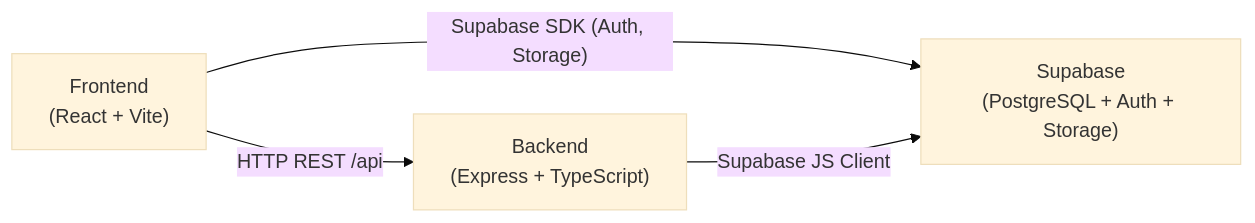
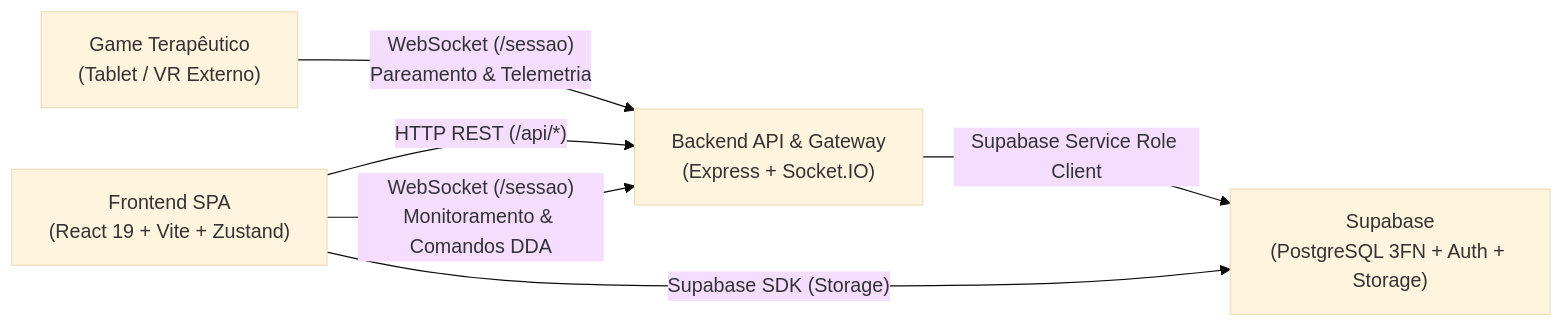
Before and after one commit to MarcosWillianAP1K/InTEA: the first of 4 diagrams in docs/architecture.md, drawn with Mermaid (base theme). The commit also changed other lines of this file and 47 other files, not shown here.

````diff
--- a/docs/architecture.md
+++ b/docs/architecture.md
@@ -34,10 +44,13 @@
 ```mermaid
 flowchart LR
-    FE["Frontend\n(React + Vite)"]
-    BE["Backend\n(Express + TypeScript)"]
-    SB["Supabase\n(PostgreSQL + Auth + Storage)"]
+    Game["Game Terapêutico\n(Tablet / VR Externo)"]
+    FE["Frontend SPA\n(React 19 + Vite + Zustand)"]
+    BE["Backend API & Gateway\n(Express + Socket.IO)"]
+    SB["Supabase\n(PostgreSQL 3FN + Auth + Storage)"]
 
-    FE -- "HTTP REST /api" --> BE
-    FE -- "Supabase SDK (Auth, Storage)" --> SB
-    BE -- "Supabase JS Client" --> SB
+    Game -- "WebSocket (/sessao)\nPareamento & Telemetria" --> BE
+    FE -- "HTTP REST (/api/*)" --> BE
+    FE -- "WebSocket (/sessao)\nMonitoramento & Comandos DDA" --> BE
+    FE -- "Supabase SDK (Storage)" --> SB
+    BE -- "Supabase Service Role Client" --> SB
 ```
````
